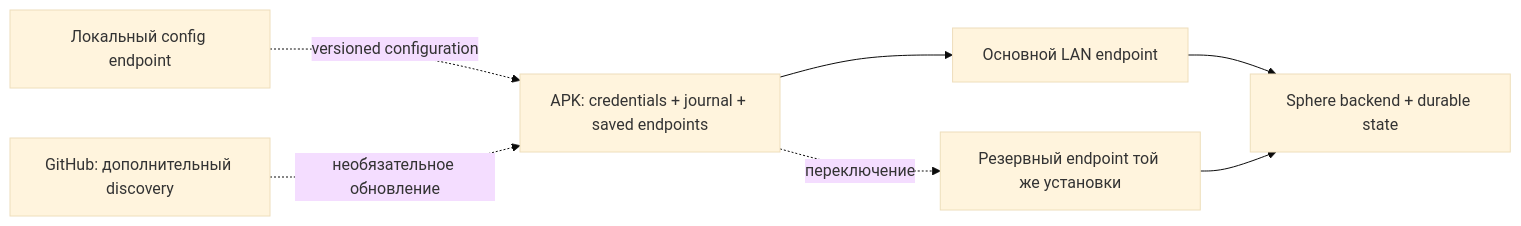
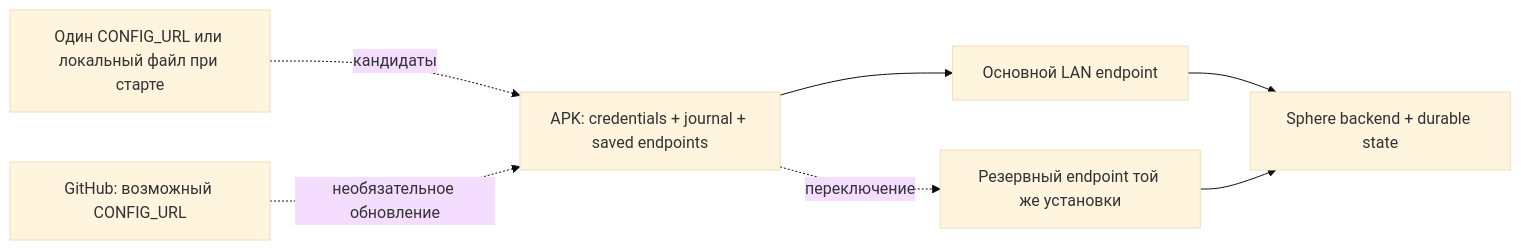
The diagram in docs/operations/READINESS.md (RootOne1337/sphere-platform), drawn with Mermaid (base theme) before and after one commit. The commit also changed other lines of this file and 50 other files, not shown here.

````diff
--- a/docs/operations/READINESS.md
+++ b/docs/operations/READINESS.md
@@ -62,9 +66,9 @@
 ```mermaid
 flowchart LR
     A[APK: credentials + journal + saved endpoints] --> L[Основной LAN endpoint]
     A -. переключение .-> R[Резервный endpoint той же установки]
-    C[Локальный config endpoint] -. versioned configuration .-> A
-    G[GitHub: дополнительный discovery] -. необязательное обновление .-> A
+    C[Один CONFIG_URL или локальный файл при старте] -. кандидаты .-> A
+    G[GitHub: возможный CONFIG_URL] -. необязательное обновление .-> A
     L --> S[Sphere backend + durable state]
     R --> S
 ```
````
